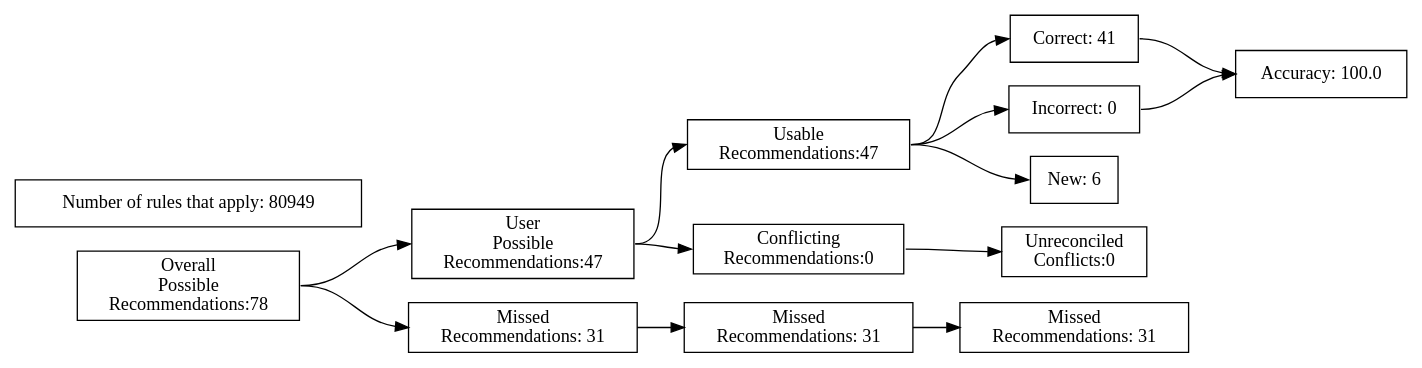
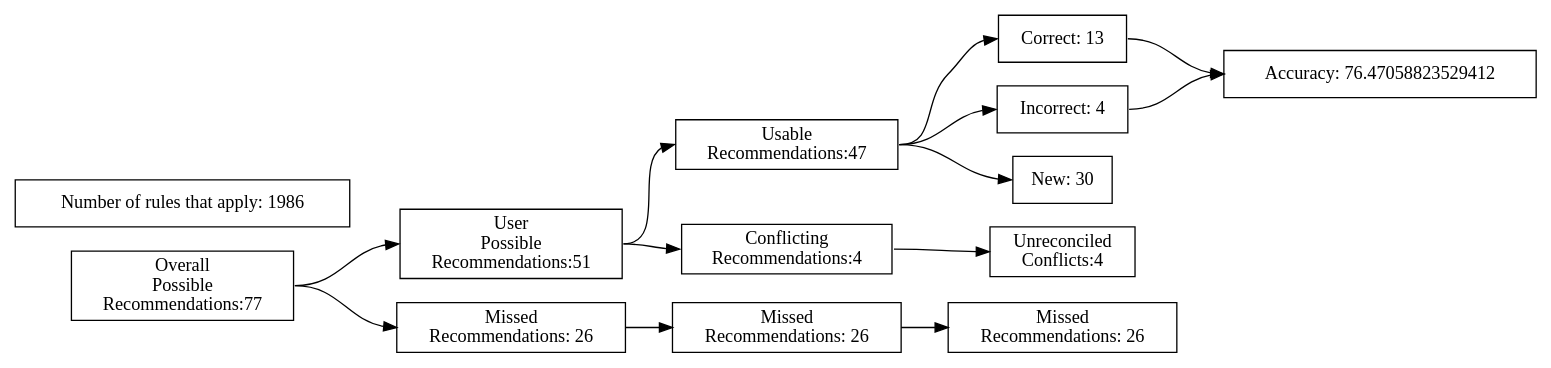
Before and after one commit to ZaxR/ibd_diet_analysis: the diagram in test_renders/1.gv, drawn with Graphviz. The commit also changed 224 other files, not shown here.

Commit message:
Add model summary chart; fix typos

```diff
--- a/test_renders/1.gv
+++ b/test_renders/1.gv
@@ -1,40 +1,40 @@
 digraph {
 	graph [rankdir=LR]
 	node [pos=r shape=box]
 	edge [headport=w tailport=e]
 		A [label="Overall
 Possible
-Recommendations:78"]
+Recommendations:77"]
 		B [label="User
 Possible
-Recommendations:47"]
+Recommendations:51"]
 		C [label="Missed
-Recommendations: 31"]
+Recommendations: 26"]
 		D [label="Usable
 Recommendations:47"]
 		E [label="Conflicting
-Recommendations:0"]
+Recommendations:4"]
 		J [label="Missed
-Recommendations: 31"]
+Recommendations: 26"]
 		M [label="Unreconciled
-Conflicts:0"]
-		F [label="Correct: 41"]
-		G [label="Incorrect: 0"]
-		H [label="New: 6"]
+Conflicts:4"]
+		F [label="Correct: 13"]
+		G [label="Incorrect: 4"]
+		H [label="New: 30"]
 		K [label="Missed
-Recommendations: 31"]
-		I [label="Accuracy: 100.0"]
-		l [label="Number of rules that apply: 80949"]
+Recommendations: 26"]
+		I [label="Accuracy: 76.47058823529412"]
+		l [label="Number of rules that apply: 1986"]
 			A -> B
 			A -> C
 			B -> D
 			B -> E
 			D -> F
 			D -> G
 			D -> H
 			F -> I
 			G -> I
 			C -> J
 			J -> K
 			E -> M
 }
```
